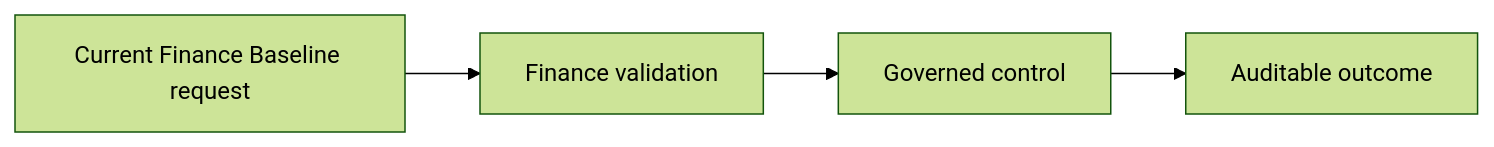
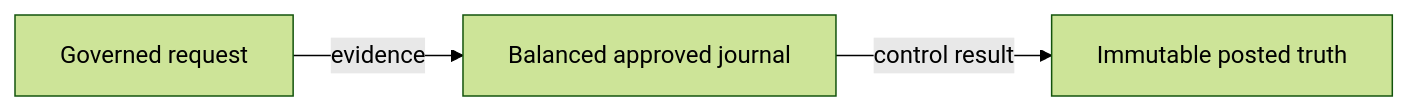
One commit to vakarkhan17/FlowCraft-Business-OS changed the third of 46 diagrams in docs/blueprint/FCSB-Volume-14-Finance-Solution-Architecture.md. Above: the diagram before and after it, drawn with Mermaid (forest theme). The commit also changed other lines of this file, not shown here.

Commit message:
docs(blueprint): rewrite FCSB Volume 14 finance architecture

```diff
--- a/docs/blueprint/FCSB-Volume-14-Finance-Solution-Architecture.md
+++ b/docs/blueprint/FCSB-Volume-14-Finance-Solution-Architecture.md
@@ -33,6 +59,8 @@
 ~~~mermaid
 flowchart LR
-  A[Current Finance Baseline request] --> B[Finance validation]
-  B --> C[Governed control]
-  C --> D[Auditable outcome]
+  N1[Governed request]
+  N2[Balanced approved journal]
+  N3[Immutable posted truth]
+  N1 -->|evidence| N2
+  N2 -->|control result| N3
 ~~~
```
